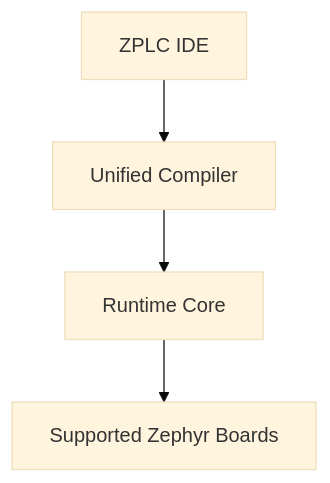
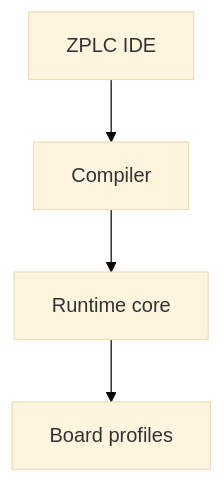
Before and after one commit to eduardojvieira/ZPLC: the diagram in docs/docs/platform-overview/index.md, drawn with Mermaid (base theme). The commit also changed other lines of this file and 62 other files, not shown here.

````diff
--- a/docs/docs/platform-overview/index.md
+++ b/docs/docs/platform-overview/index.md
@@ -18,11 +16,11 @@
 ```mermaid
 flowchart TB
   IDE[ZPLC IDE]
-  Compiler[Unified Compiler]
-  Runtime[Runtime Core]
-  Boards[Supported Zephyr Boards]
+  Compiler[Compiler]
+  Runtime[Runtime core]
+  Boards[Board profiles]
 
   IDE --> Compiler
   Compiler --> Runtime
   Runtime --> Boards
 ```
````
